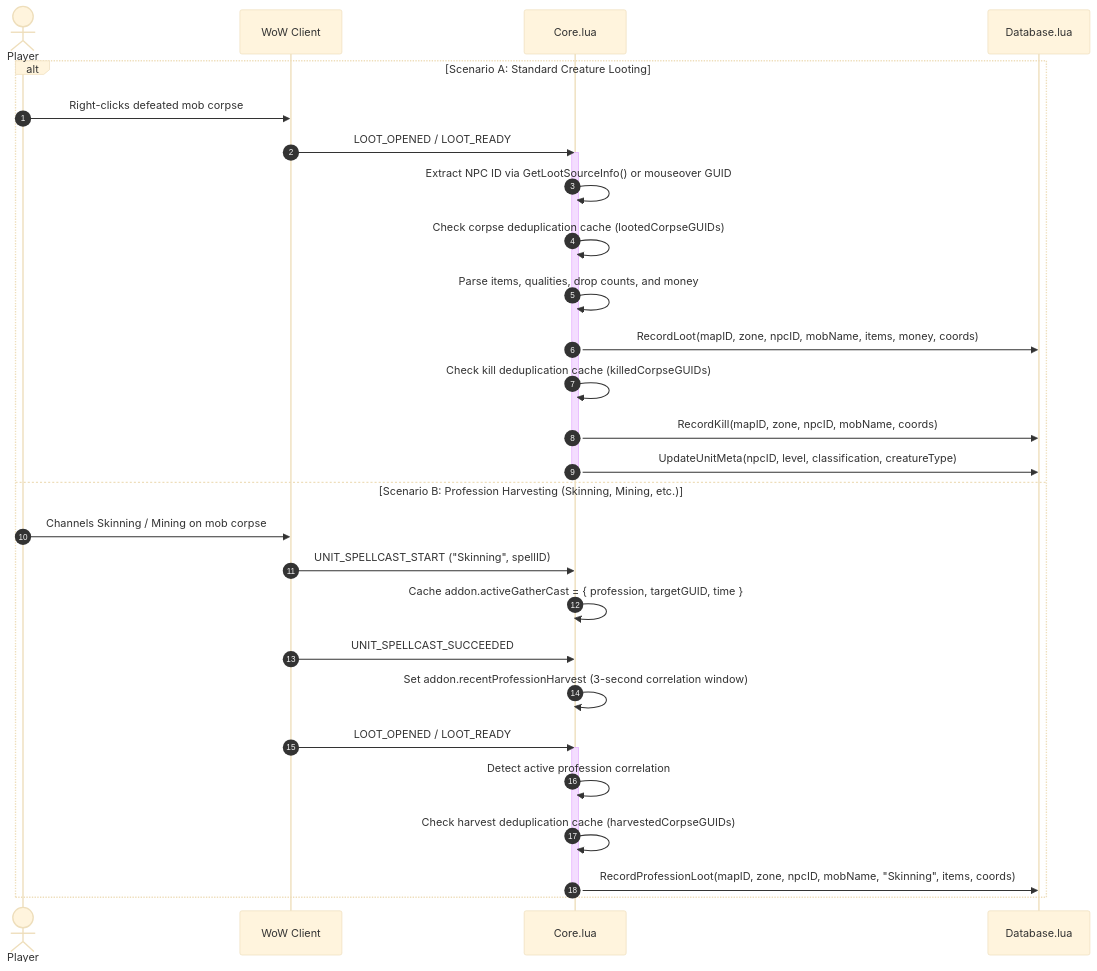
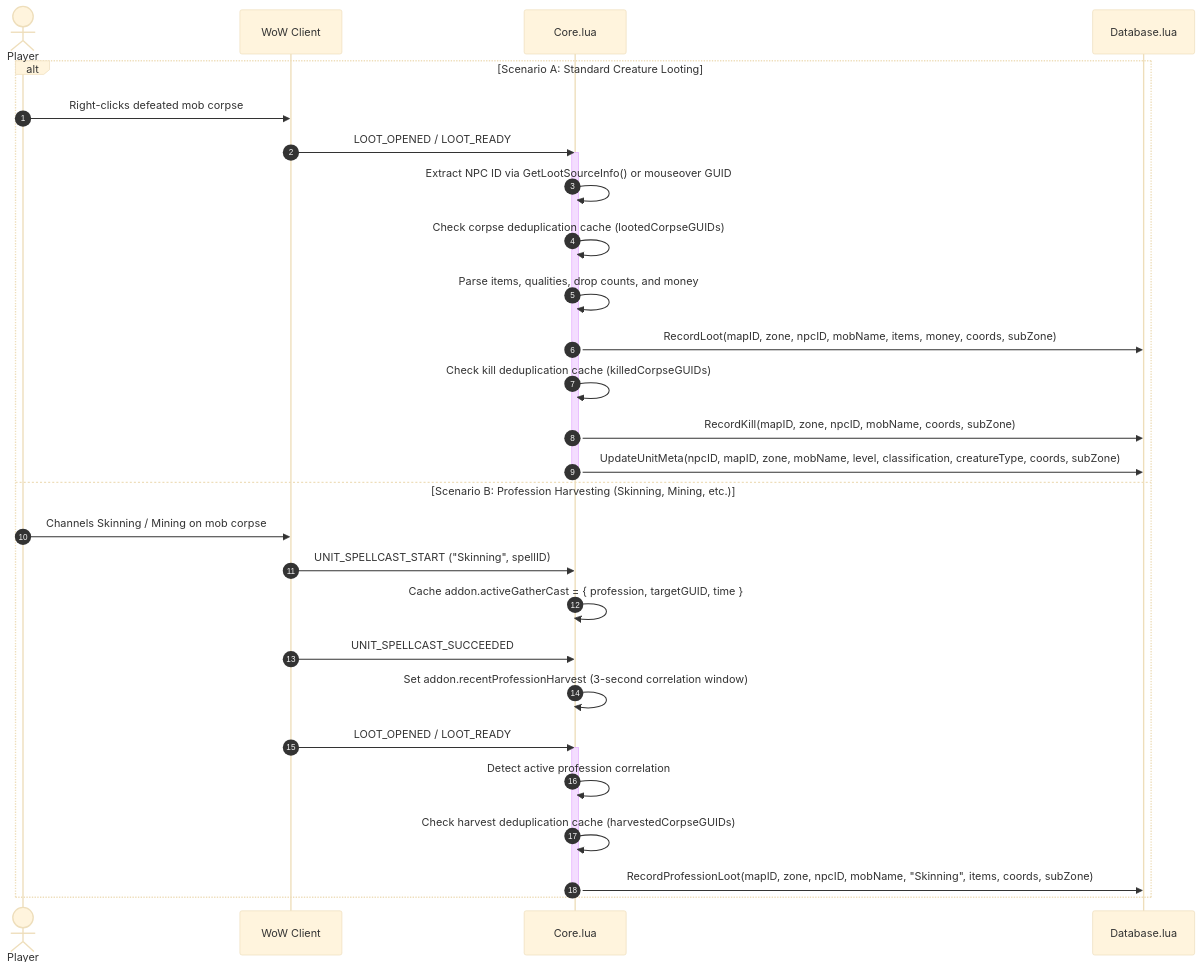
Before and after one commit to bguerre20/AzerothCreatureCompendium: the fourth of 5 diagrams in docs/ARCHITECTURE.md, drawn with Mermaid (base theme). The commit also changed other lines of this file and 6 other files, not shown here.

Commit message:
feat: record creature sightings in local subzones and display in compendium card

````diff
--- a/docs/ARCHITECTURE.md
+++ b/docs/ARCHITECTURE.md
@@ -214,34 +214,34 @@
 ```mermaid
 sequenceDiagram
     autonumber
     actor Player
     participant Client as WoW Client
     participant Core as Core.lua
     participant DB as Database.lua
 
     alt Scenario A: Standard Creature Looting
         Player->>Client: Right-clicks defeated mob corpse
         Client->>Core: LOOT_OPENED / LOOT_READY
         activate Core
         Core->>Core: Extract NPC ID via GetLootSourceInfo() or mouseover GUID
         Core->>Core: Check corpse deduplication cache (lootedCorpseGUIDs)
         Core->>Core: Parse items, qualities, drop counts, and money
-        Core->>DB: RecordLoot(mapID, zone, npcID, mobName, items, money, coords)
+        Core->>DB: RecordLoot(mapID, zone, npcID, mobName, items, money, coords, subZone)
         Core->>Core: Check kill deduplication cache (killedCorpseGUIDs)
-        Core->>DB: RecordKill(mapID, zone, npcID, mobName, coords)
-        Core->>DB: UpdateUnitMeta(npcID, level, classification, creatureType)
+        Core->>DB: RecordKill(mapID, zone, npcID, mobName, coords, subZone)
+        Core->>DB: UpdateUnitMeta(npcID, mapID, zone, mobName, level, classification, creatureType, coords, subZone)
         deactivate Core
     else Scenario B: Profession Harvesting (Skinning, Mining, etc.)
         Player->>Client: Channels Skinning / Mining on mob corpse
         Client->>Core: UNIT_SPELLCAST_START ("Skinning", spellID)
         Core->>Core: Cache addon.activeGatherCast = { profession, targetGUID, time }
         Client->>Core: UNIT_SPELLCAST_SUCCEEDED
         Core->>Core: Set addon.recentProfessionHarvest (3-second correlation window)
         Client->>Core: LOOT_OPENED / LOOT_READY
         activate Core
         Core->>Core: Detect active profession correlation
         Core->>Core: Check harvest deduplication cache (harvestedCorpseGUIDs)
-        Core->>DB: RecordProfessionLoot(mapID, zone, npcID, mobName, "Skinning", items, coords)
+        Core->>DB: RecordProfessionLoot(mapID, zone, npcID, mobName, "Skinning", items, coords, subZone)
         deactivate Core
     end
 ```
````
